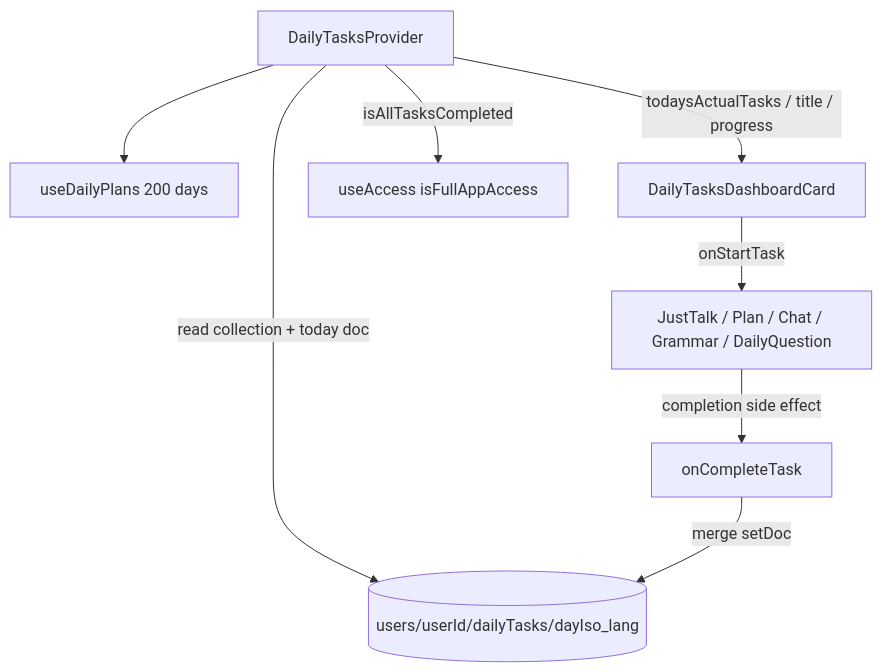
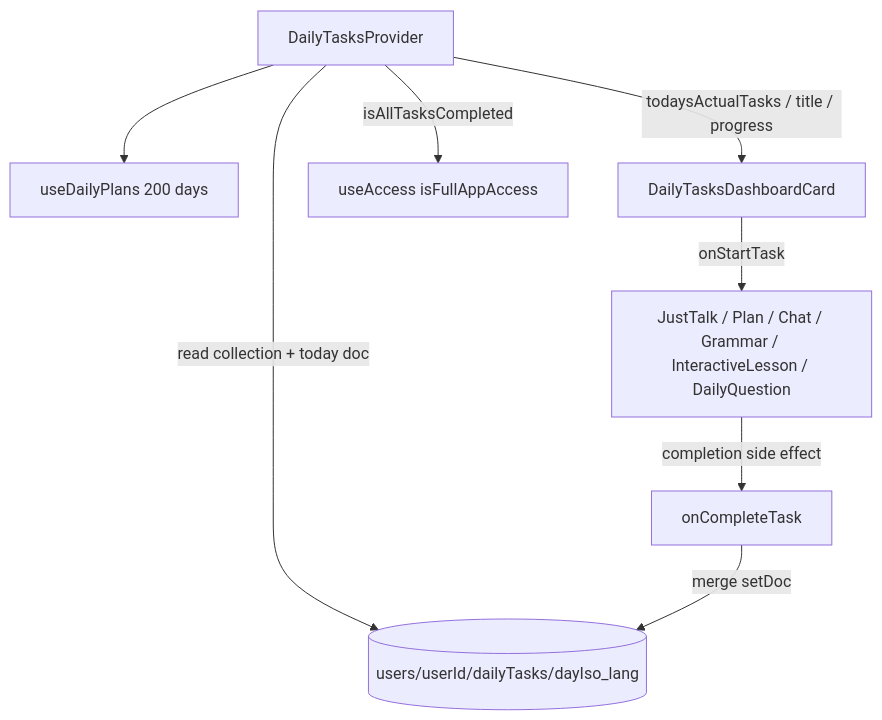
The diagram in webApp/src/features/Tasks/AGENTS.md (dmowski/fluencypal), drawn with Mermaid before and after one commit. The commit also changed other lines of this file and 51 other files, not shown here.

First line of the commit message:
Integrate interactive lesson functionality into daily tasks

````diff
--- a/webApp/src/features/Tasks/AGENTS.md
+++ b/webApp/src/features/Tasks/AGENTS.md
@@ -38,16 +38,16 @@
 ```mermaid
 flowchart TD
   P[DailyTasksProvider]
   Plans[useDailyPlans 200 days]
   FS[(users/userId/dailyTasks/dayIso_lang)]
   Dash[DailyTasksDashboardCard]
   Complete[onCompleteTask]
 
   P --> Plans
   P -->|read collection + today doc| FS
   P -->|todaysActualTasks / title / progress| Dash
-  Dash -->|onStartTask| Features[JustTalk / Plan / Chat / Grammar / DailyQuestion]
+  Dash -->|onStartTask| Features[JustTalk / Plan / Chat / Grammar / InteractiveLesson / DailyQuestion]
   Features -->|completion side effect| Complete
   Complete -->|merge setDoc| FS
   P -->|isAllTasksCompleted| Access[useAccess isFullAppAccess]
 ```
````
